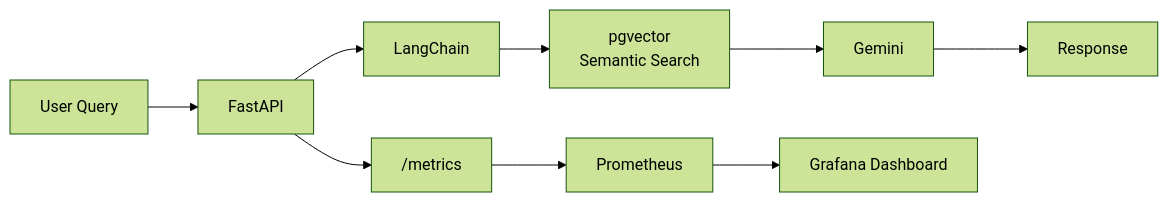
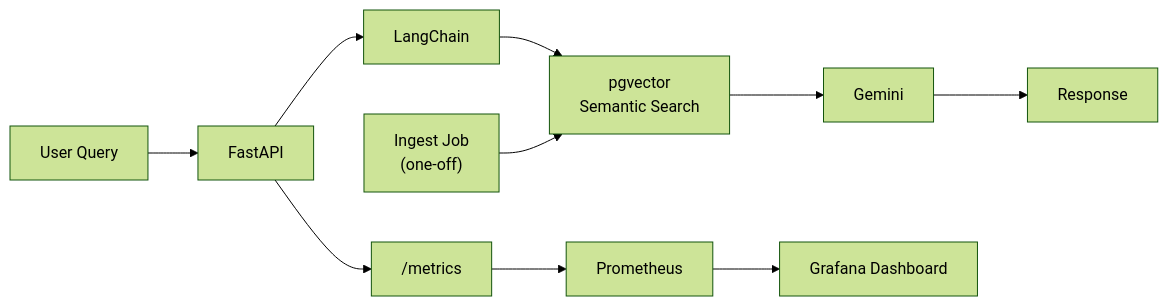
One commit to akshatkarnwal/rag-k8s changed the diagram in README.md. Above: the diagram before and after it, drawn with Mermaid (forest theme). The commit also changed other lines of this file and 9 other files, not shown here.

````diff
--- a/README.md
+++ b/README.md
@@ -9,12 +9,14 @@
 ```mermaid
 flowchart LR
     A[User Query] --> B[FastAPI]
     B --> C[LangChain]
     C --> D["pgvector<br/>Semantic Search"]
     D --> E[Gemini]
     E --> F[Response]
 
+    J["Ingest Job<br/>(one-off)"] --> D
+
     B --> G["/metrics"]
     G --> H[Prometheus]
     H --> I[Grafana Dashboard]
 ```
````
